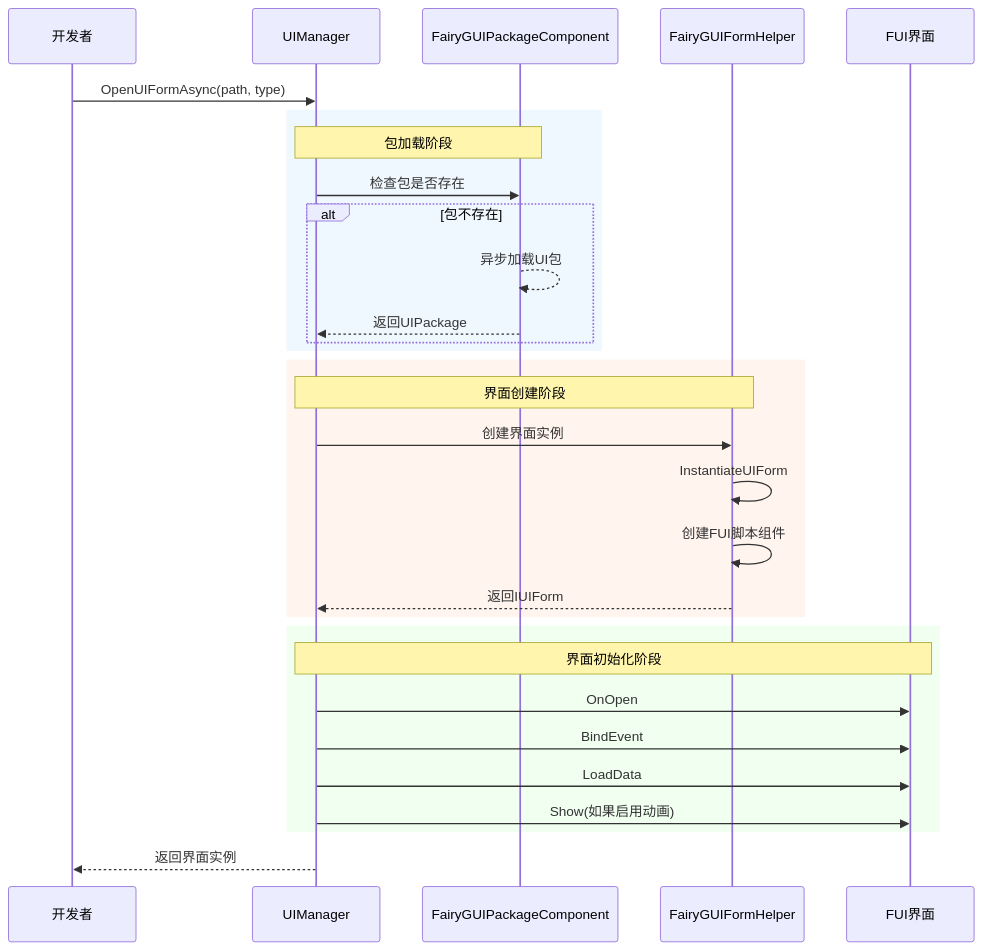
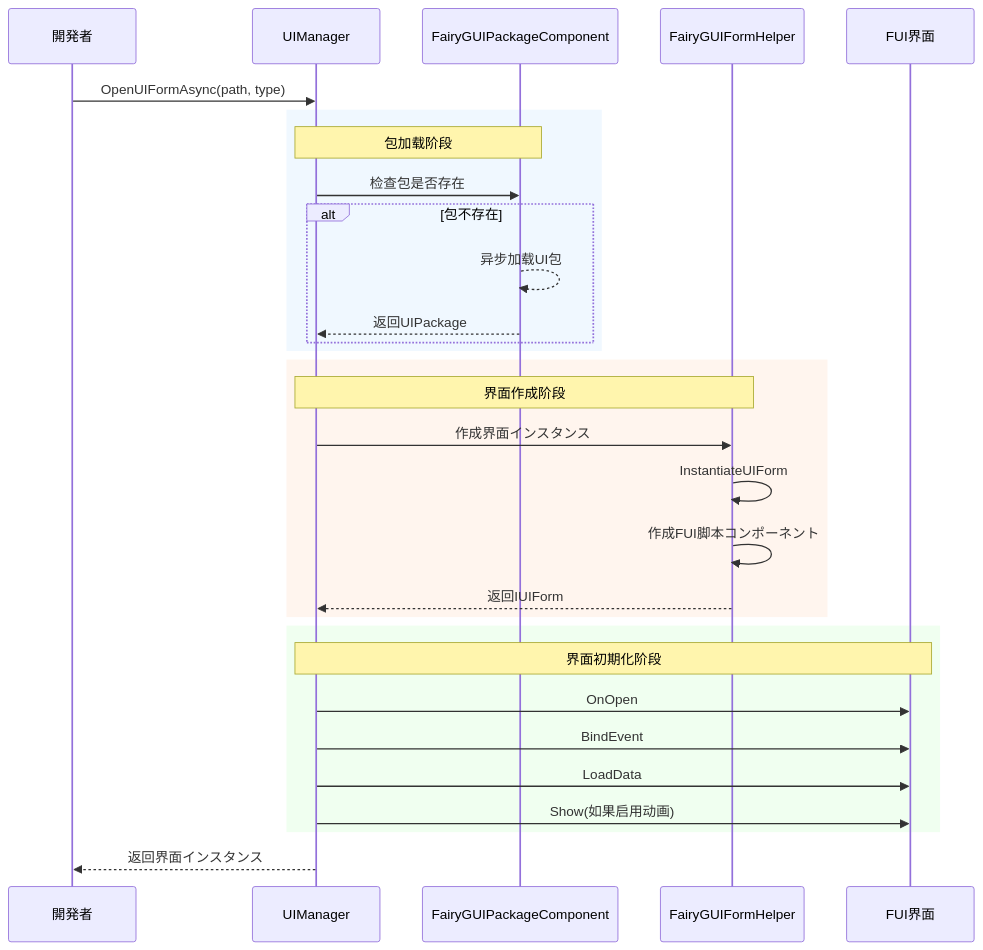
One commit to AlianBlank/GameFrameX.Docs changed the second of 3 diagrams in docs/ja/client/unity/component/ui-fairygui/03.getting-started.md. Above: the diagram before and after it, drawn with Mermaid. The commit also changed other lines of this file and 603 other files, not shown here.

````diff
--- a/docs/ja/client/unity/component/ui-fairygui/03.getting-started.md
+++ b/docs/ja/client/unity/component/ui-fairygui/03.getting-started.md
@@ -187,37 +187,37 @@
 ```mermaid
 sequenceDiagram
-    participant Dev as 开发者
+    participant Dev as 開発者
     participant UI as UIManager
     participant Pkg as FairyGUIPackageComponent
     participant Helper as FairyGUIFormHelper
     participant FUI as FUI界面
 
     Dev->>UI: OpenUIFormAsync(path, type)
     
     rect rgb(240, 248, 255)
         Note over UI,Pkg: 包加载阶段
         UI->>Pkg: 检查包是否存在
         alt 包不存在
             Pkg-->>Pkg: 异步加载UI包
             Pkg-->>UI: 返回UIPackage
         end
     end
     
     rect rgb(255, 245, 238)
-        Note over UI,Helper: 界面创建阶段
-        UI->>Helper: 创建界面实例
+        Note over UI,Helper: 界面作成阶段
+        UI->>Helper: 作成界面インスタンス
         Helper->>Helper: InstantiateUIForm
-        Helper->>Helper: 创建FUI脚本组件
+        Helper->>Helper: 作成FUI脚本コンポーネント
         Helper-->>UI: 返回IUIForm
     end
     
     rect rgb(240, 255, 240)
-        Note over UI,FUI: 界面初始化阶段
+        Note over UI,FUI: 界面初期化阶段
         UI->>FUI: OnOpen
         UI->>FUI: BindEvent
         UI->>FUI: LoadData
         UI->>FUI: Show(如果启用动画)
     end
     
-    UI-->>Dev: 返回界面实例
+    UI-->>Dev: 返回界面インスタンス
 ```
````
